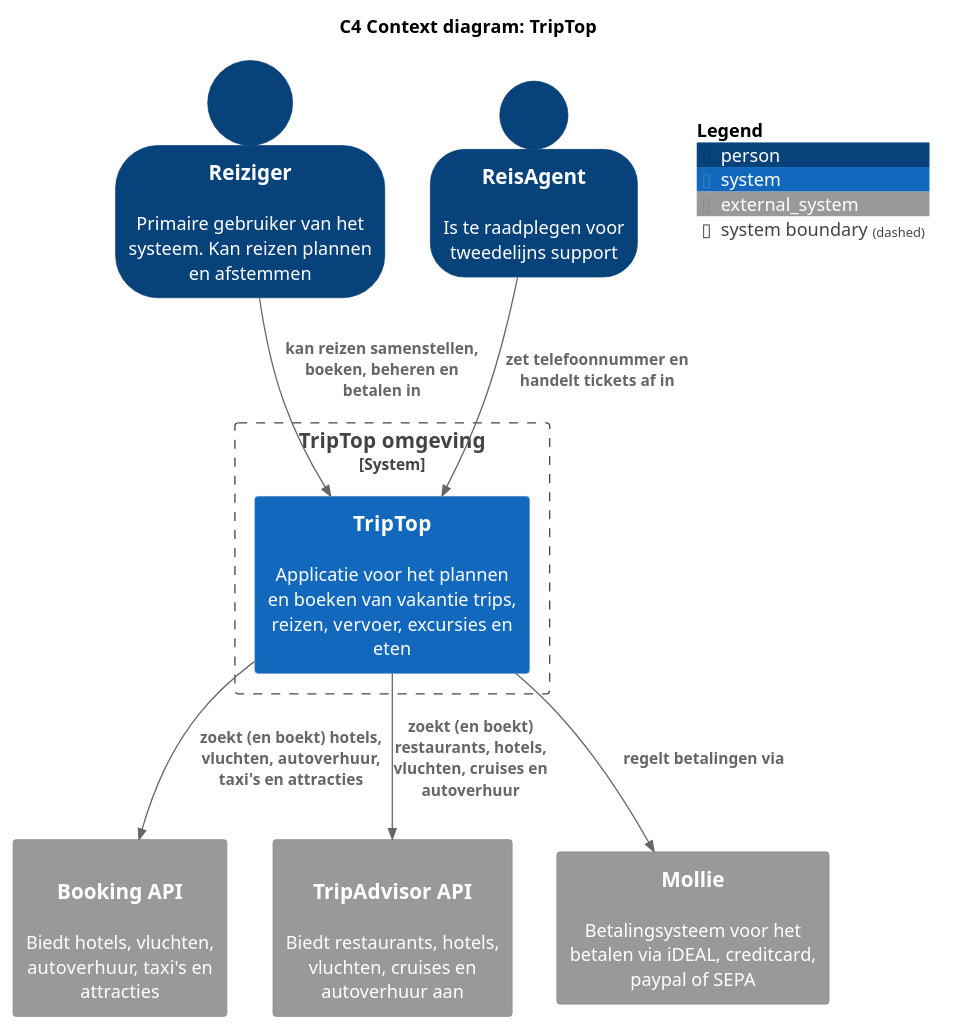
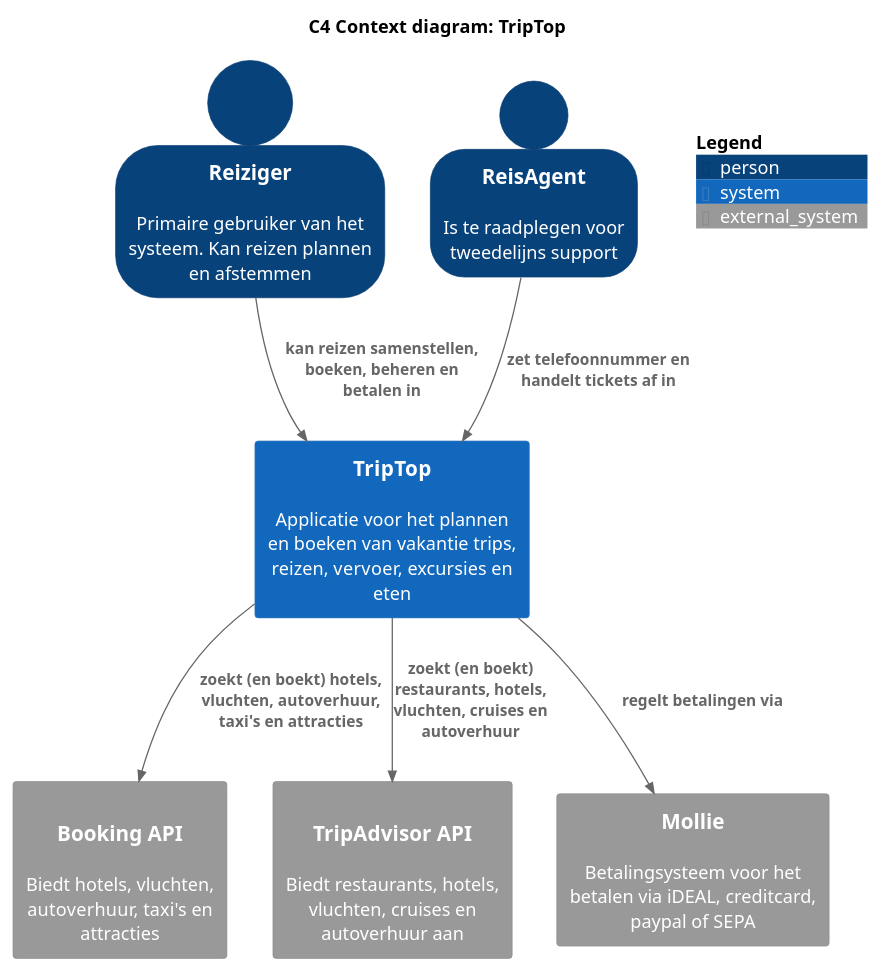
One commit to AIM-ENE-feb25/triptop-groep-4-jochem-roald-stijn-a changed the diagram in software-guidebook/sgb-bestanden/context-diagram.puml. Above: the diagram before and after it, drawn with PlantUML. The commit also changed 10 other files, not shown here.

```diff
--- a/software-guidebook/sgb-bestanden/context-diagram.puml
+++ b/software-guidebook/sgb-bestanden/context-diagram.puml
@@ -1,41 +1,39 @@
 @startuml
 title C4 Context diagram: TripTop
-!include <C4/C4_Container.puml>
+!include <C4/C4_Context.puml>
 
 top to bottom direction
 
 SHOW_PERSON_OUTLINE()
 
 Person(reiziger, "Reiziger", "Primaire gebruiker van het systeem. Kan reizen plannen en afstemmen")
 Person(reisagent, "ReisAgent", "Is te raadplegen voor tweedelijns support")
 
-System_Boundary(system, "TripTop omgeving") {
-    System(triptop, "TripTop", "Applicatie voor het plannen en boeken van vakantie trips, reizen, vervoer, excursies en eten")
-}
+System(triptop, "TripTop", "Applicatie voor het plannen en boeken van vakantie trips, reizen, vervoer, excursies en eten")
 
 'System_Ext(overnachting, "Overnachting API", "Biedt overnachtingen aan van bijv. Booking.com, Airbnb, eigen beheer")
 'System_Ext(vervoer, "Vervoer tussen overnachtingen API", "Biedt vervoer tussen overnachtingen aan van bijv. treinen via NS of Deutsche Bahn, vliegtuig via KLM")
 'System_Ext(reis, "Heen en terugreis API", "Biedt heen en terugreis aan van bijv. eigen vervoer, KLM shuttle, trein")
 'System_Ext(autohuur, "Autohuur API", "Biedt autoverhuur aan van bijv. huurauto via Sixt, Hertz")
 'System_Ext(activiteiten, "Excursies / activiteiten API", "Biedt excursies en activiteiten aan van bijv. via GetYourGuide, Tripadvisor")
 'System_Ext(eten, "Eten en drinken API", "Biedt restaurants en winkels voor eten en drinken aan van bijv. via Takeaway, Eet.nu")
 System_Ext(booking, "Booking API", "Biedt hotels, vluchten, autoverhuur, taxi's en attracties", "REST")
 System_Ext(tripadvisor, "TripAdvisor API", "Biedt restaurants, hotels, vluchten, cruises en autoverhuur aan", "REST")
 System_Ext(mollie, "Mollie", "Betalingsysteem voor het betalen via iDEAL, creditcard, paypal of SEPA")
 
 Rel(reiziger, triptop, "kan reizen samenstellen, boeken, beheren en betalen in")
 Rel(reisagent, triptop, "zet telefoonnummer en handelt tickets af in")
 
 'Rel(triptop, overnachting, "Zoekt (en boekt) overnachtingen via")
 'Rel(triptop, vervoer, "Zoekt (en boekt) vervoer tussen overnachtingen via")
 'Rel(triptop, reis, "Zoekt (en boekt) heen en terugreis via")
 'Rel(triptop, autohuur, "Zoekt (en boekt) autohuur via")
 'Rel(triptop, activiteiten, "Zoekt (en boekt) excursies / activiteiten via")
 'Rel(triptop, eten, "Zoekt (en boekt) beschikbare plekken voor eten en drinken via")
 Rel(triptop, booking, "zoekt (en boekt) hotels, vluchten, autoverhuur, taxi's en attracties")
 Rel(triptop, tripadvisor, "zoekt (en boekt) restaurants, hotels, vluchten, cruises en autoverhuur")
 Rel(triptop, mollie, "regelt betalingen via")
 
 SHOW_FLOATING_LEGEND()
 
 @enduml
```
